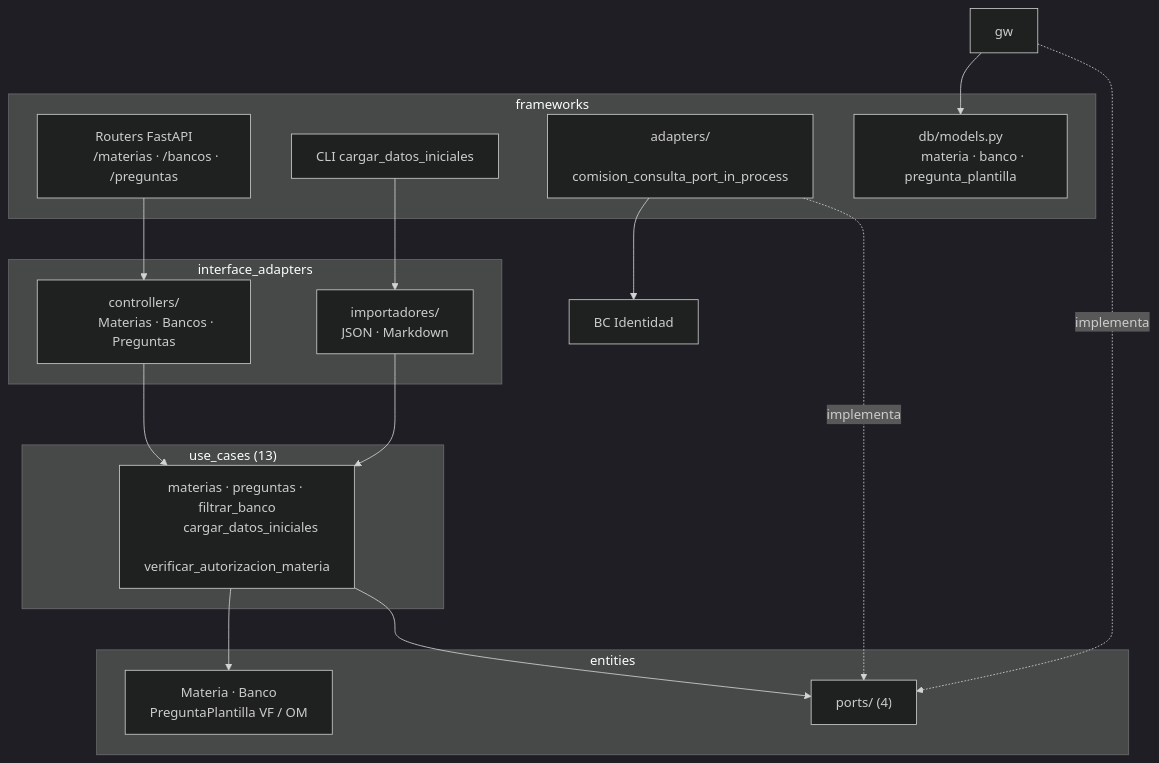
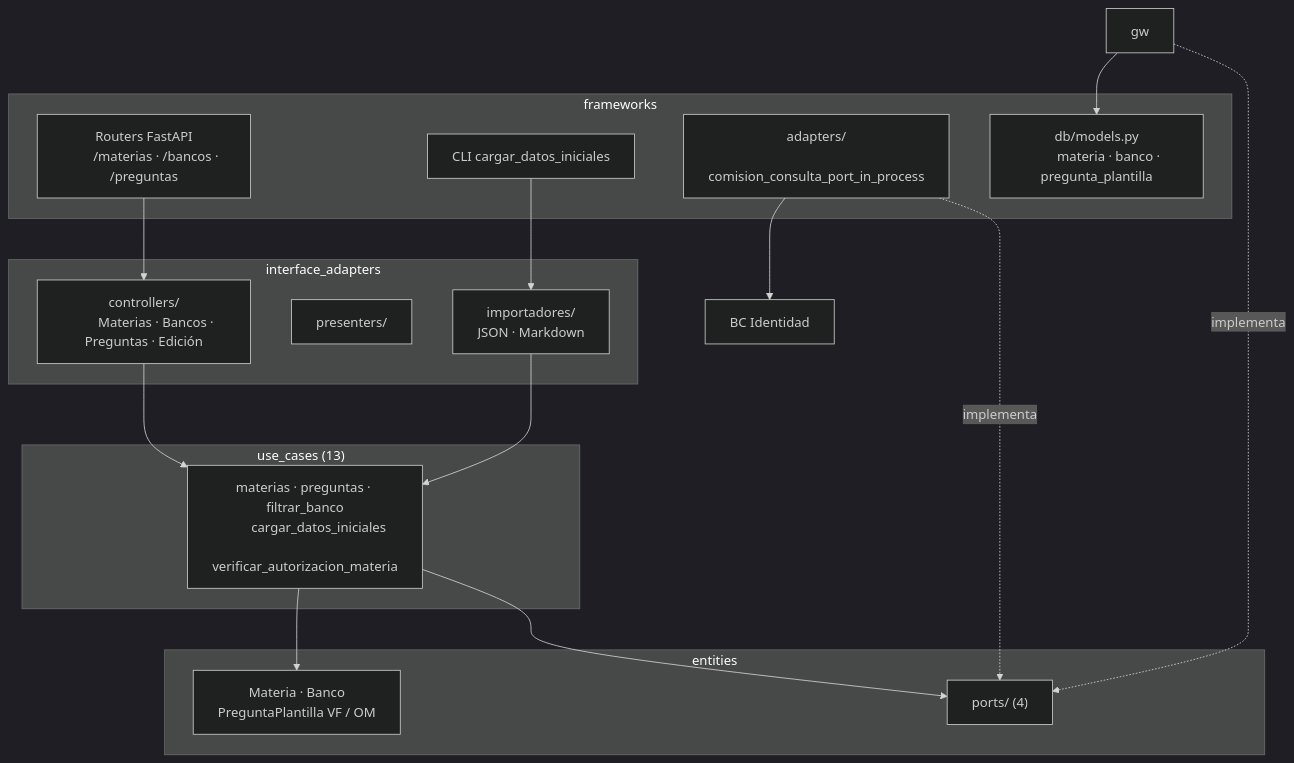
The diagram in docs/architecture/11-componentes-banco-preguntas.md (vvalotto/cognion), drawn with Mermaid (dark theme) before and after one commit. The commit also changed other lines of this file and 45 other files, not shown here.

````diff
--- a/docs/architecture/11-componentes-banco-preguntas.md
+++ b/docs/architecture/11-componentes-banco-preguntas.md
@@ -21,37 +21,38 @@
 ```mermaid
 flowchart TB
     subgraph fw["frameworks"]
         r["Routers FastAPI
         /materias · /bancos · /preguntas"]
         cli["CLI cargar_datos_iniciales"]
         ad["adapters/
         comision_consulta_port_in_process"]
         db["db/models.py
         materia · banco · pregunta_plantilla"]
     end
     subgraph ia["interface_adapters"]
         ctl["controllers/
-        Materias · Bancos · Preguntas"]
+        Materias · Bancos · Preguntas · Edición"]
+        pre["presenters/"]
         imp["importadores/
         JSON · Markdown"]
     end
     subgraph uc["use_cases (13)"]
         u["materias · preguntas · filtrar_banco
         cargar_datos_iniciales
         verificar_autorizacion_materia"]
     end
     subgraph en["entities"]
         e["Materia · Banco
         PreguntaPlantilla VF / OM"]
         p["ports/ (4)"]
     end
     identidad["BC Identidad"]
 
     r --> ctl --> u --> p
     cli --> imp --> u
     gw -. implementa .-> p
     gw --> db
     ad -. implementa .-> p
     ad --> identidad
     u --> e
 ```
````
